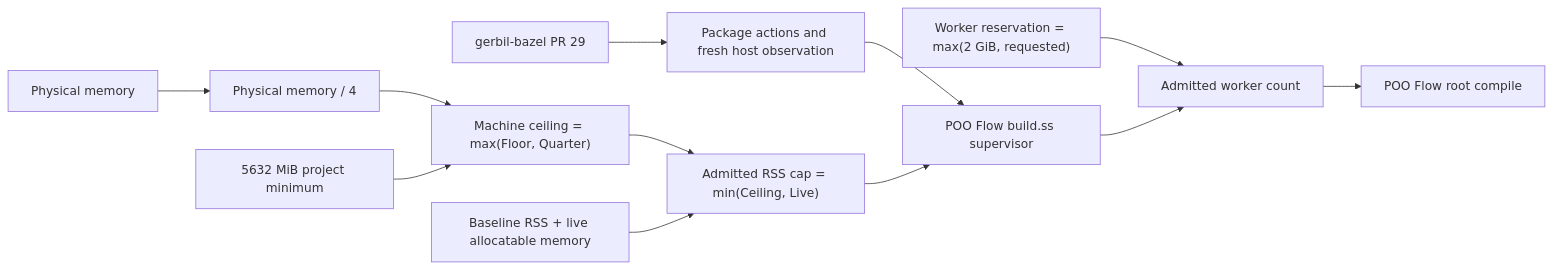
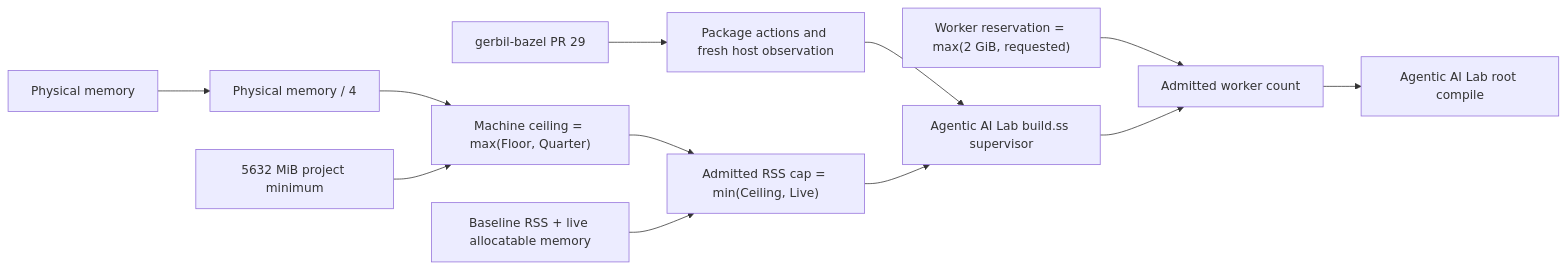
Diagram 12 of 20 in module-system/design/156-gerbil-bazel-pr29-downstream-performance-receipt.org (tao3k/gebril-yuanxu), drawn with Mermaid before and after one commit. The commit also changed other lines of this file and 507 other files, not shown here.

```diff
--- a/module-system/design/156-gerbil-bazel-pr29-downstream-performance-receipt.org
+++ b/module-system/design/156-gerbil-bazel-pr29-downstream-performance-receipt.org
@@ -969,27 +969,27 @@
 #+begin_src mermaid
 flowchart LR
   GB["gerbil-bazel PR 29"]
   Package["Package actions and fresh host observation"]
-  Root["POO Flow build.ss supervisor"]
+  Root["Agentic AI Lab build.ss supervisor"]
   Physical["Physical memory"]
   Quarter["Physical memory / 4"]
   Floor["5632 MiB project minimum"]
   Ceiling["Machine ceiling = max(Floor, Quarter)"]
   Live["Baseline RSS + live allocatable memory"]
   Cap["Admitted RSS cap = min(Ceiling, Live)"]
   Reservation["Worker reservation = max(2 GiB, requested)"]
   Workers["Admitted worker count"]
-  Compile["POO Flow root compile"]
+  Compile["Agentic AI Lab root compile"]
 
   GB --> Package
   Package --> Root
   Physical --> Quarter
   Quarter --> Ceiling
   Floor --> Ceiling
   Ceiling --> Cap
   Live --> Cap
   Cap --> Root
   Reservation --> Workers
   Root --> Workers
   Workers --> Compile
 #+end_src
```
